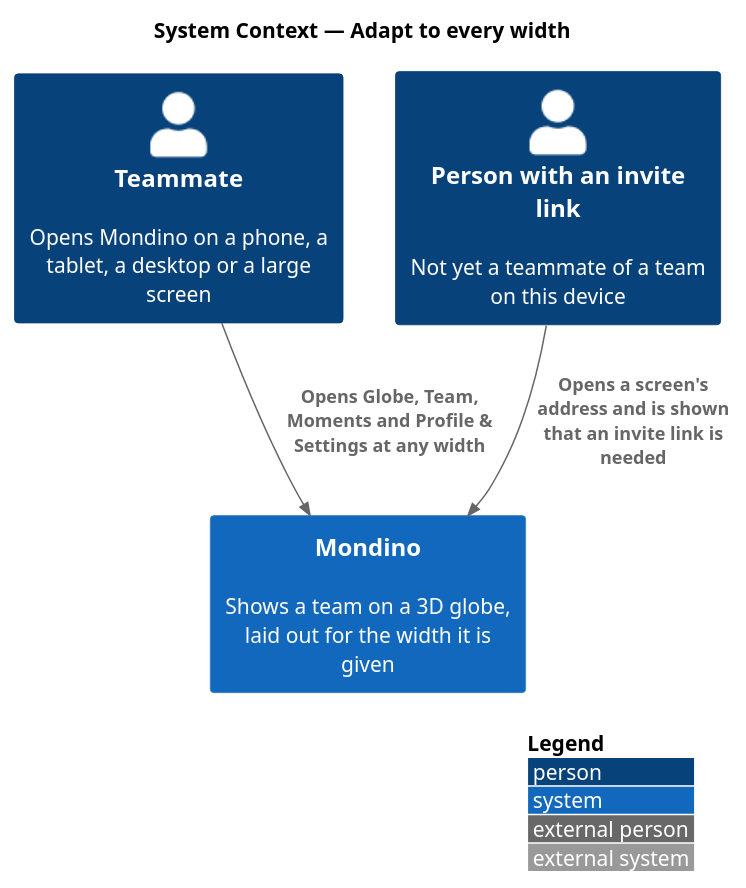
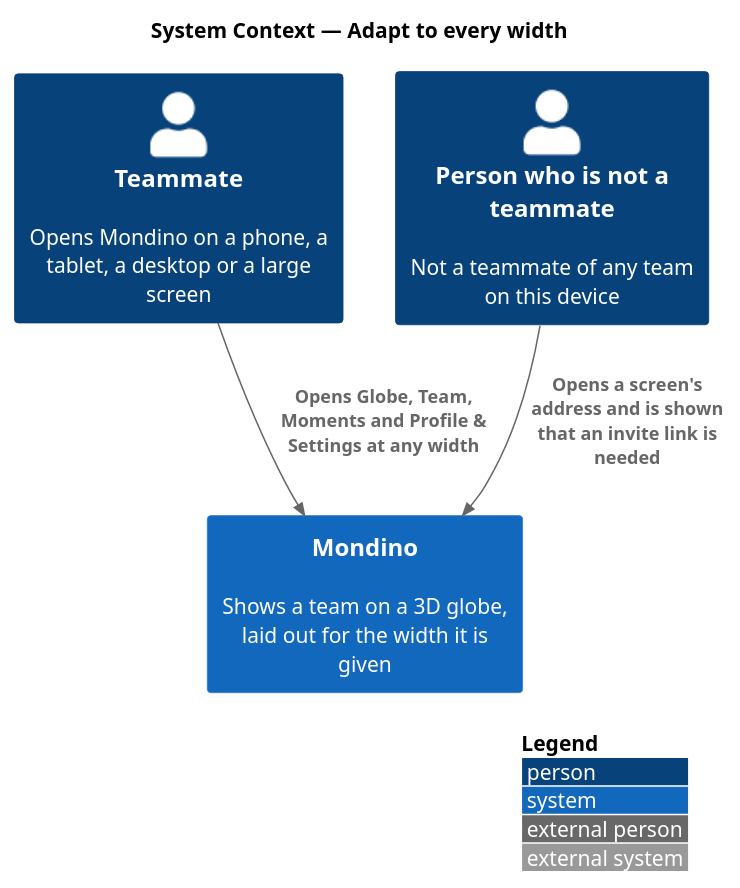
Before and after one commit to QuinntyneBrown/Mondino: the diagram in docs/detailed-designs/platform/adapt-to-every-width/diagrams/c4-context.puml, drawn with PlantUML. The commit also changed 3 other files, not shown here.

```diff
--- a/docs/detailed-designs/platform/adapt-to-every-width/diagrams/c4-context.puml
+++ b/docs/detailed-designs/platform/adapt-to-every-width/diagrams/c4-context.puml
@@ -1,12 +1,12 @@
 @startuml
 !include <C4/C4_Context>
 LAYOUT_WITH_LEGEND()
 title System Context — Adapt to every width
 
 Person(teammate, "Teammate", "Opens Mondino on a phone, a tablet, a desktop or a large screen")
-Person(visitor, "Person with an invite link", "Not yet a teammate of a team on this device")
+Person(visitor, "Person who is not a teammate", "Not a teammate of any team on this device")
 System(mondino, "Mondino", "Shows a team on a 3D globe, laid out for the width it is given")
 
 Rel(teammate, mondino, "Opens Globe, Team, Moments and Profile & Settings at any width")
 Rel(visitor, mondino, "Opens a screen's address and is shown that an invite link is needed")
 @enduml
```
